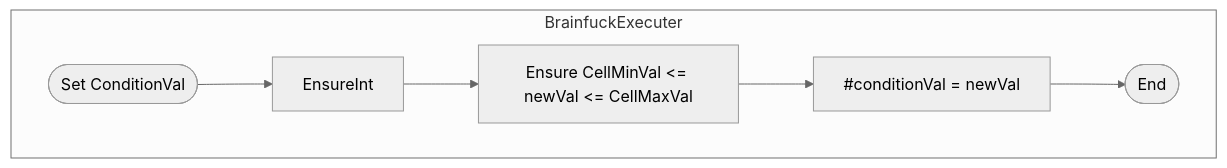
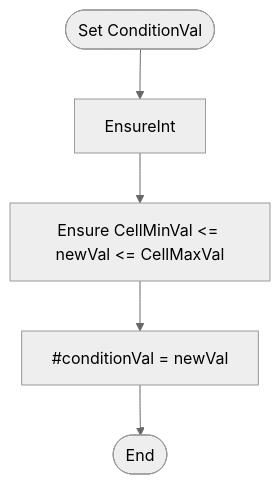
The seventh of 28 diagrams in src/Classes_Info/BrainfuckExecuter.md (BCS21090011/BrainFucker), drawn with Mermaid (neutral theme) before and after one commit. The commit also changed other lines of this file, not shown here.

Commit message:
Adjust mermaid flowcharts

````diff
--- a/src/Classes_Info/BrainfuckExecuter.md
+++ b/src/Classes_Info/BrainfuckExecuter.md
@@ -416,21 +416,19 @@
     ```mermaid
     flowchart TD
 
-    subgraph BrainfuckExecuter
-        Start([Set ConditionVal])
-        EnsureInt
-        EnsureInRange[Ensure CellMinVal <= newVal <= CellMaxVal]
-        SetConditionVal[#conditionVal = newVal]
-        End([End])
-    end
+    Start([Set ConditionVal])
+    EnsureInt
+    EnsureInRange[Ensure CellMinVal <= newVal <= CellMaxVal]
+    SetConditionVal[#conditionVal = newVal]
+    End([End])
 
     Start
     -->
     EnsureInt
     -->
     EnsureInRange
     -->
     SetConditionVal
     -->
     End
     ```
````
